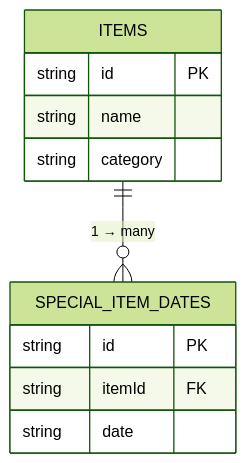
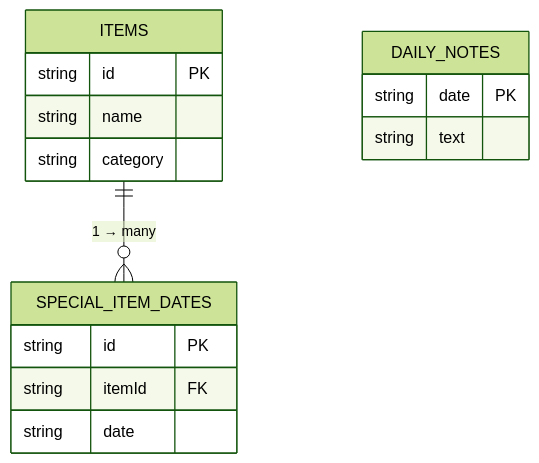
Before and after one commit to Nkot117/GoSmart: the diagram in docs/db/erDiagram.md, drawn with Mermaid (forest theme). The commit also changed 4 other files, not shown here.

````diff
--- a/docs/db/erDiagram.md
+++ b/docs/db/erDiagram.md
@@ -1,16 +1,21 @@
 ```mermaid
 erDiagram
     ITEMS ||--o{ SPECIAL_ITEM_DATES : "1 → many"
 
     ITEMS {
         string id PK
         string name
         string category
     }
 
     SPECIAL_ITEM_DATES {
         string id PK
         string itemId FK
         string date
     }
+
+    DAILY_NOTES {
+        string date PK
+        string text
+    }
 ```
````
